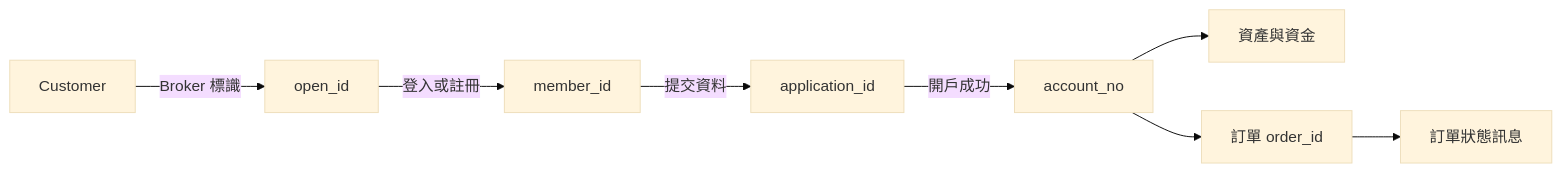
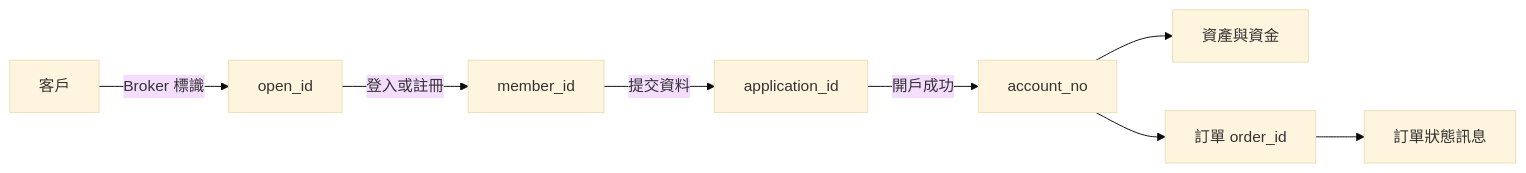
The first of 2 diagrams in docs/zh-HK/docs/concepts.mdx (longbridge/whale-docs), drawn with Mermaid (base theme) before and after one commit. The commit also changed other lines of this file and 72 other files, not shown here.

````diff
--- a/docs/zh-HK/docs/concepts.mdx
+++ b/docs/zh-HK/docs/concepts.mdx
@@ -20,10 +20,10 @@
 ```mermaid
 flowchart LR
-    A[Customer] -->|Broker 標識| B[open_id]
+    A[客戶] -->|Broker 標識| B[open_id]
     B -->|登入或註冊| C[member_id]
     C -->|提交資料| D[application_id]
     D -->|開戶成功| E[account_no]
     E --> F[資產與資金]
     E --> G[訂單 order_id]
     G --> H[訂單狀態訊息]
 ```
````
